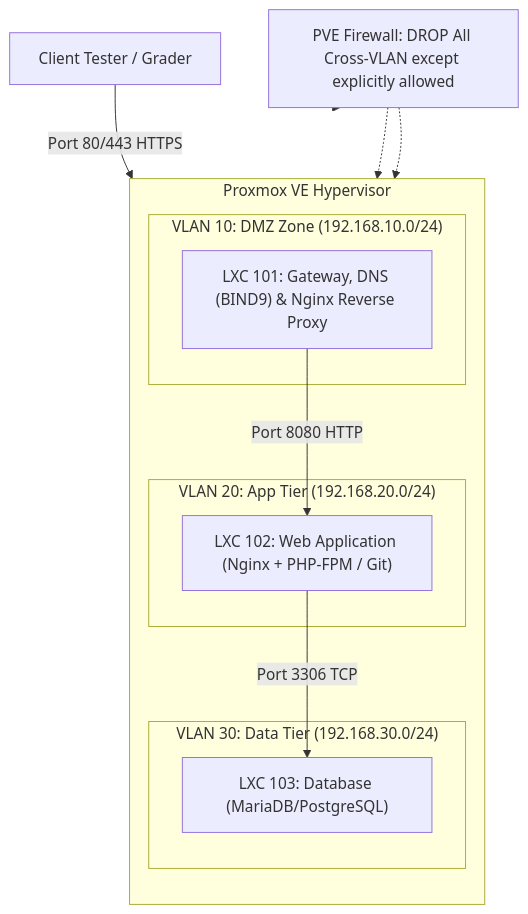
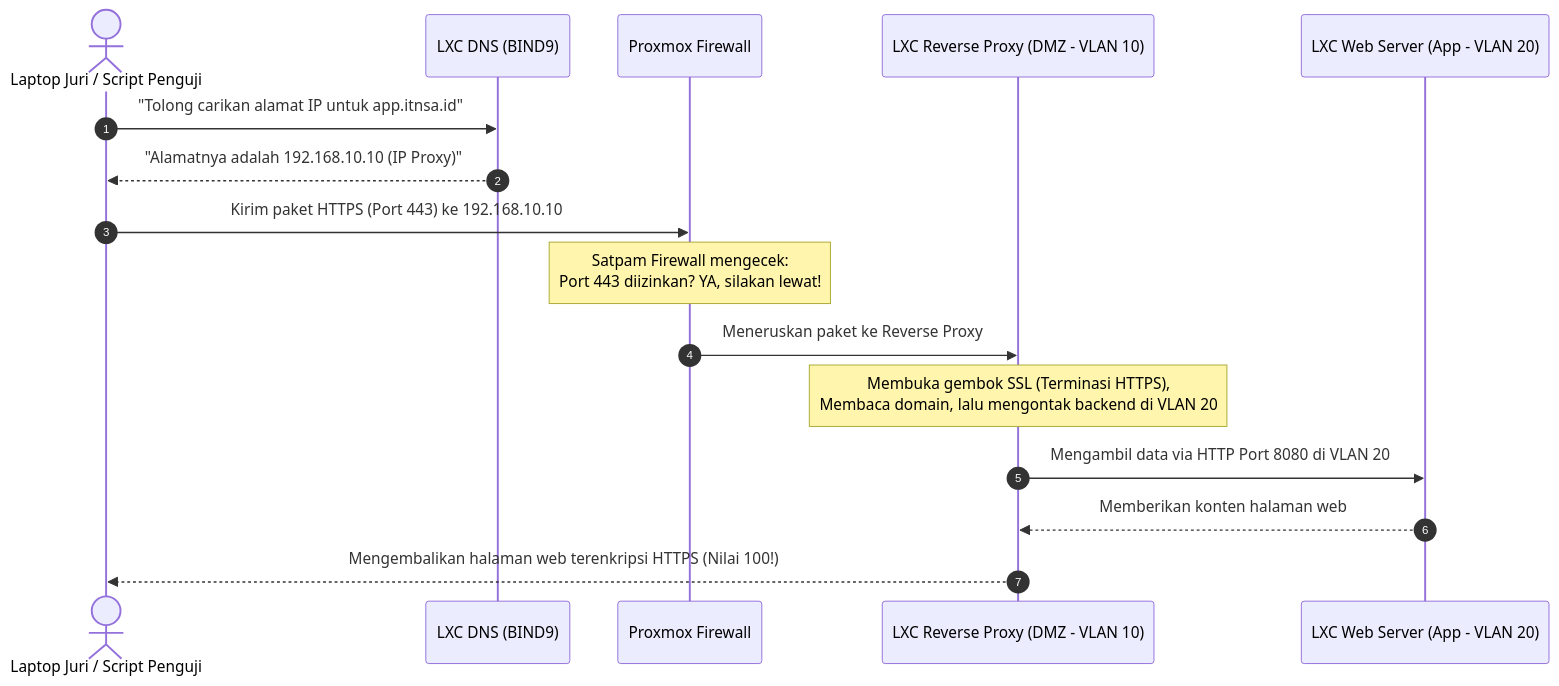
The diagram in README.md (kycjojo/ITNSA), drawn with Mermaid before and after one commit. The commit also changed other lines of this file and 1 other file, not shown here.

````diff
--- a/README.md
+++ b/README.md
@@ -309,25 +243,22 @@
 ```mermaid
-flowchart TD
-    subgraph PVE ["Proxmox VE Hypervisor"]
-        direction TB
-        subgraph VLAN10 ["VLAN 10: DMZ Zone (192.168.10.0/24)"]
-            CT1["LXC 101: Gateway, DNS (BIND9) & Nginx Reverse Proxy"]
-        end
+sequenceDiagram
+    autonumber
+    actor Juri as Laptop Juri / Script Penguji
+    participant DNS as LXC DNS (BIND9)
+    participant FW as Proxmox Firewall
+    participant Proxy as LXC Reverse Proxy (DMZ - VLAN 10)
+    participant Web as LXC Web Server (App - VLAN 20)
 
-        subgraph VLAN20 ["VLAN 20: App Tier (192.168.20.0/24)"]
-            CT2["LXC 102: Web Application (Nginx + PHP-FPM / Git)"]
-        end
-
-        subgraph VLAN30 ["VLAN 30: Data Tier (192.168.30.0/24)"]
-            CT3["LXC 103: Database (MariaDB/PostgreSQL)"]
-        end
-    end
-
-    Client["Client Tester / Grader"] -->|Port 80/443 HTTPS| CT1
-    CT1 -->|Port 8080 HTTP| CT2
-    CT2 -->|Port 3306 TCP| CT3
-
-    FirewallRule["PVE Firewall: DROP All Cross-VLAN except explicitly allowed"] -.-> VLAN10
-    FirewallRule -.-> VLAN20
-    FirewallRule -.-> VLAN30
+    Juri->>DNS: "Tolong carikan alamat IP untuk app.itnsa.id"
+    DNS-->>Juri: "Alamatnya adalah 192.168.10.10 (IP Proxy)"
+    
+    Juri->>FW: Kirim paket HTTPS (Port 443) ke 192.168.10.10
+    Note over FW: Satpam Firewall mengecek:<br/>Port 443 diizinkan? YA, silakan lewat!
+    FW->>Proxy: Meneruskan paket ke Reverse Proxy
+    
+    Note over Proxy: Membuka gembok SSL (Terminasi HTTPS),<br/>Membaca domain, lalu mengontak backend di VLAN 20
+    Proxy->>Web: Mengambil data via HTTP Port 8080 di VLAN 20
+    Web-->>Proxy: Memberikan konten halaman web
+    
+    Proxy-->>Juri: Mengembalikan halaman web terenkripsi HTTPS (Nilai 100!)
 ```
````
